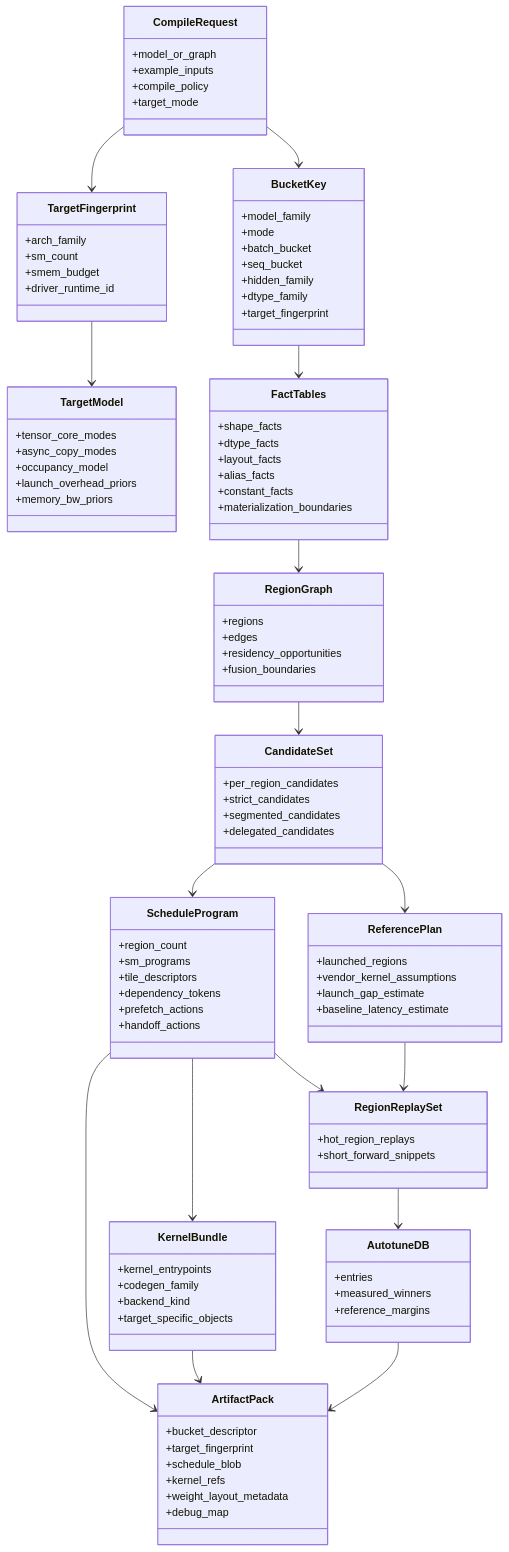
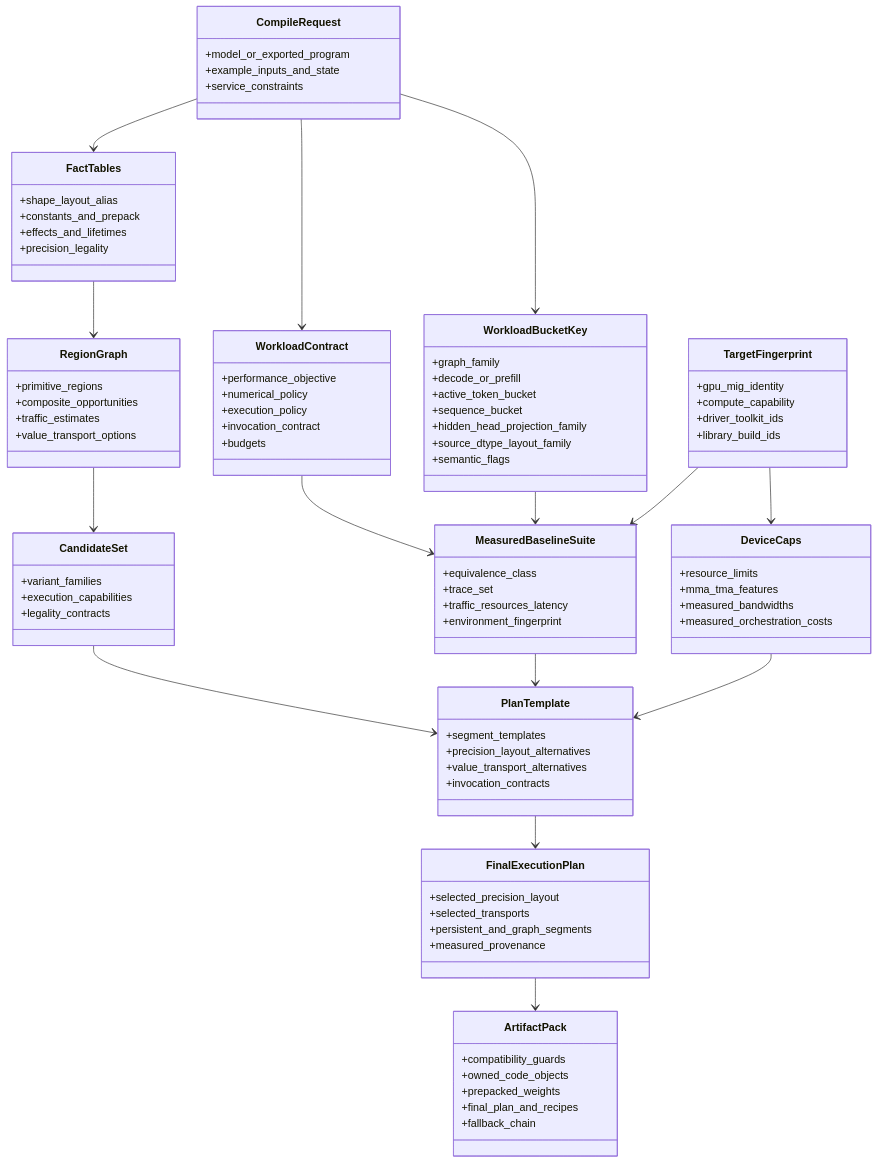
Before and after one commit to megabake/megabake: the fourth of 13 diagrams in MEGABAKE_V2_DATAFLOW_DIAGRAM.md, drawn with Mermaid. The commit also changed other lines of this file and 4 other files, not shown here.

````diff
--- a/MEGABAKE_V2_DATAFLOW_DIAGRAM.md
+++ b/MEGABAKE_V2_DATAFLOW_DIAGRAM.md
@@ -110,116 +153,104 @@
 ```mermaid
 classDiagram
   class CompileRequest {
-    +model_or_graph
-    +example_inputs
-    +compile_policy
-    +target_mode
+    +model_or_exported_program
+    +example_inputs_and_state
+    +service_constraints
+  }
+
+  class WorkloadContract {
+    +performance_objective
+    +numerical_policy
+    +execution_policy
+    +invocation_contract
+    +budgets
+  }
+
+  class WorkloadBucketKey {
+    +graph_family
+    +decode_or_prefill
+    +active_token_bucket
+    +sequence_bucket
+    +hidden_head_projection_family
+    +source_dtype_layout_family
+    +semantic_flags
   }
 
   class TargetFingerprint {
-    +arch_family
-    +sm_count
-    +smem_budget
-    +driver_runtime_id
+    +gpu_mig_identity
+    +compute_capability
+    +driver_toolkit_ids
+    +library_build_ids
   }
 
-  class TargetModel {
-    +tensor_core_modes
-    +async_copy_modes
-    +occupancy_model
-    +launch_overhead_priors
-    +memory_bw_priors
-  }
-
-  class BucketKey {
-    +model_family
-    +mode
-    +batch_bucket
-    +seq_bucket
-    +hidden_family
-    +dtype_family
-    +target_fingerprint
+  class DeviceCaps {
+    +resource_limits
+    +mma_tma_features
+    +measured_bandwidths
+    +measured_orchestration_costs
   }
 
   class FactTables {
-    +shape_facts
-    +dtype_facts
-    +layout_facts
-    +alias_facts
-    +constant_facts
-    +materialization_boundaries
+    +shape_layout_alias
+    +constants_and_prepack
+    +effects_and_lifetimes
+    +precision_legality
   }
 
   class RegionGraph {
-    +regions
-    +edges
-    +residency_opportunities
-    +fusion_boundaries
+    +primitive_regions
+    +composite_opportunities
+    +traffic_estimates
+    +value_transport_options
   }
 
   class CandidateSet {
-    +per_region_candidates
-    +strict_candidates
-    +segmented_candidates
-    +delegated_candidates
+    +variant_families
+    +execution_capabilities
+    +legality_contracts
   }
 
-  class ReferencePlan {
-    +launched_regions
-    +vendor_kernel_assumptions
-    +launch_gap_estimate
-    +baseline_latency_estimate
+  class MeasuredBaselineSuite {
+    +equivalence_class
+    +trace_set
+    +traffic_resources_latency
+    +environment_fingerprint
   }
 
-  class ScheduleProgram {
-    +region_count
-    +sm_programs
-    +tile_descriptors
-    +dependency_tokens
-    +prefetch_actions
-    +handoff_actions
+  class PlanTemplate {
+    +segment_templates
+    +precision_layout_alternatives
+    +value_transport_alternatives
+    +invocation_contracts
   }
 
-  class KernelBundle {
-    +kernel_entrypoints
-    +codegen_family
-    +backend_kind
-    +target_specific_objects
-  }
-
-  class RegionReplaySet {
-    +hot_region_replays
-    +short_forward_snippets
-  }
-
-  class AutotuneDB {
-    +entries
-    +measured_winners
-    +reference_margins
+  class FinalExecutionPlan {
+    +selected_precision_layout
+    +selected_transports
+    +persistent_and_graph_segments
+    +measured_provenance
   }
 
   class ArtifactPack {
-    +bucket_descriptor
-    +target_fingerprint
-    +schedule_blob
-    +kernel_refs
-    +weight_layout_metadata
-    +debug_map
+    +compatibility_guards
+    +owned_code_objects
+    +prepacked_weights
+    +final_plan_and_recipes
+    +fallback_chain
   }
 
-  CompileRequest --> TargetFingerprint
-  TargetFingerprint --> TargetModel
-  CompileRequest --> BucketKey
-  BucketKey --> FactTables
+  CompileRequest --> WorkloadContract
+  CompileRequest --> WorkloadBucketKey
+  CompileRequest --> FactTables
+  TargetFingerprint --> DeviceCaps
   FactTables --> RegionGraph
   RegionGraph --> CandidateSet
-  CandidateSet --> ScheduleProgram
-  CandidateSet --> ReferencePlan
-  ScheduleProgram --> KernelBundle
-  ScheduleProgram --> RegionReplaySet
-  ReferencePlan --> RegionReplaySet
-  RegionReplaySet --> AutotuneDB
-  ScheduleProgram --> ArtifactPack
-  KernelBundle --> ArtifactPack
-  AutotuneDB --> ArtifactPack
+  WorkloadContract --> MeasuredBaselineSuite
+  WorkloadBucketKey --> MeasuredBaselineSuite
+  TargetFingerprint --> MeasuredBaselineSuite
+  CandidateSet --> PlanTemplate
+  MeasuredBaselineSuite --> PlanTemplate
+  DeviceCaps --> PlanTemplate
+  PlanTemplate --> FinalExecutionPlan
+  FinalExecutionPlan --> ArtifactPack
 ```
````
